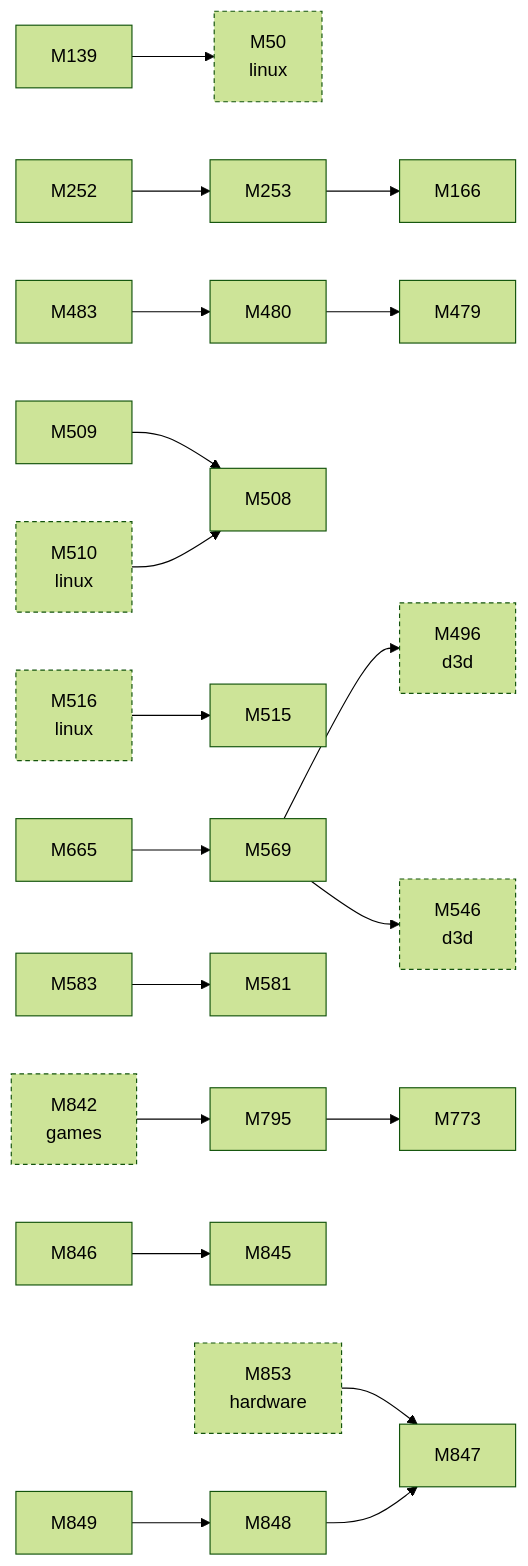
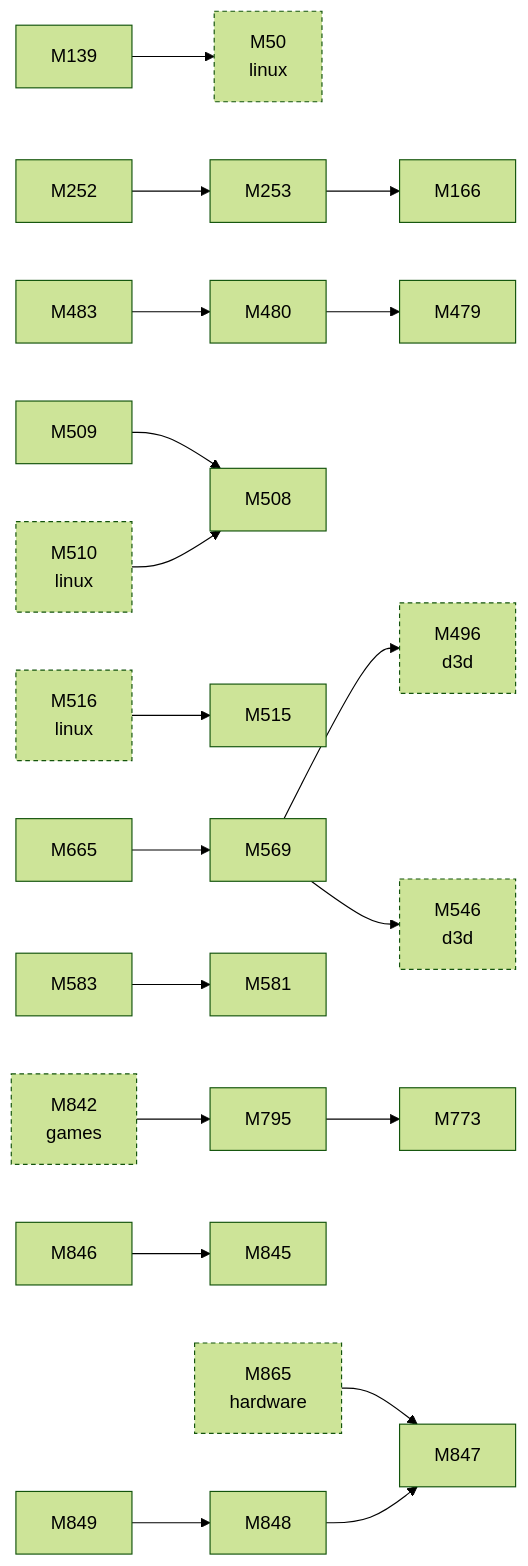
The second of 2 diagrams in docs/facts/graphs/icd.md (D-Ogi/amdgpu-wddm), drawn with Mermaid (forest theme) before and after one commit. The commit also changed 10 other files, not shown here.

````diff
--- a/docs/facts/graphs/icd.md
+++ b/docs/facts/graphs/icd.md
@@ -29,51 +29,51 @@
 ```mermaid
 flowchart LR
   M50["M50<br/>linux"]
   M139["M139"]
   M166["M166"]
   M252["M252"]
   M253["M253"]
   M479["M479"]
   M480["M480"]
   M483["M483"]
   M496["M496<br/>d3d"]
   M508["M508"]
   M509["M509"]
   M510["M510<br/>linux"]
   M515["M515"]
   M516["M516<br/>linux"]
   M546["M546<br/>d3d"]
   M569["M569"]
   M581["M581"]
   M583["M583"]
   M665["M665"]
   M773["M773"]
   M795["M795"]
   M842["M842<br/>games"]
   M845["M845"]
   M846["M846"]
   M847["M847"]
   M848["M848"]
   M849["M849"]
-  M853["M853<br/>hardware"]
-  M853 --> M847
+  M865["M865<br/>hardware"]
+  M865 --> M847
   M139 --> M50
   M252 --> M253
   M253 --> M166
   M480 --> M479
   M483 --> M480
   M509 --> M508
   M569 --> M496
   M569 --> M546
   M583 --> M581
   M665 --> M569
   M795 --> M773
   M846 --> M845
   M848 --> M847
   M849 --> M848
   M842 --> M795
   M510 --> M508
   M516 --> M515
   classDef other stroke-dasharray:4 3
-  class M50,M496,M510,M516,M546,M842,M853 other
+  class M50,M496,M510,M516,M546,M842,M865 other
 ```
````
